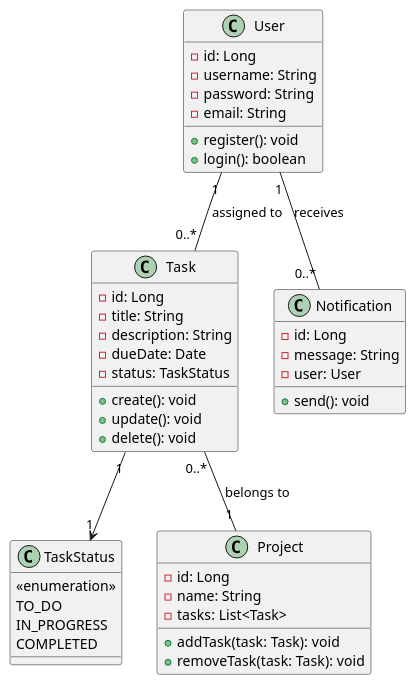
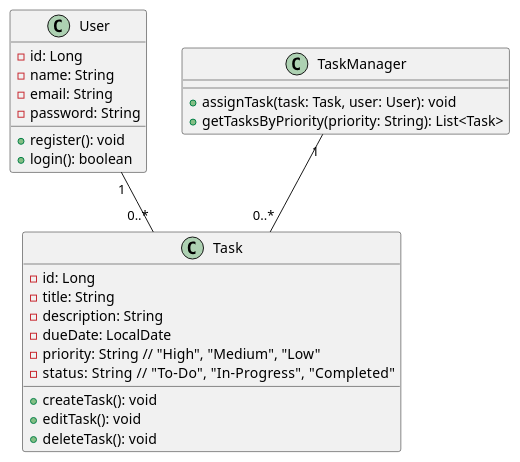
The diagram in class_diagram.puml (OsamaAlashri/OOAD), drawn with PlantUML before and after one commit.

```diff
--- a/class_diagram.puml
+++ b/class_diagram.puml
@@ -1,48 +1,30 @@
 @startuml
 class User {
     - id: Long
-    - username: String
+    - name: String
+    - email: String
     - password: String
-    - email: String
     + register(): void
     + login(): boolean
 }
 
 class Task {
     - id: Long
     - title: String
     - description: String
-    - dueDate: Date
-    - status: TaskStatus
-    + create(): void
-    + update(): void
-    + delete(): void
+    - dueDate: LocalDate
+    - priority: String  // "High", "Medium", "Low"
+    - status: String    // "To-Do", "In-Progress", "Completed"
+    + createTask(): void
+    + editTask(): void
+    + deleteTask(): void
 }
 
-class TaskStatus {
-    <<enumeration>>
-    TO_DO
-    IN_PROGRESS
-    COMPLETED
+class TaskManager {
+    + assignTask(task: Task, user: User): void
+    + getTasksByPriority(priority: String): List<Task>
 }
 
-class Project {
-    - id: Long
-    - name: String
-    - tasks: List<Task>
-    + addTask(task: Task): void
-    + removeTask(task: Task): void
-}
-
-class Notification {
-    - id: Long
-    - message: String
-    - user: User
-    + send(): void
-}
-
-User "1" -- "0..*" Task : "assigned to"
-Task "1" --> "1" TaskStatus
-Task "0..*" -- "1" Project : "belongs to"
-User "1" -- "0..*" Notification : "receives"
+User "1" -- "0..*" Task
+TaskManager "1" -- "0..*" Task
 @enduml
```
